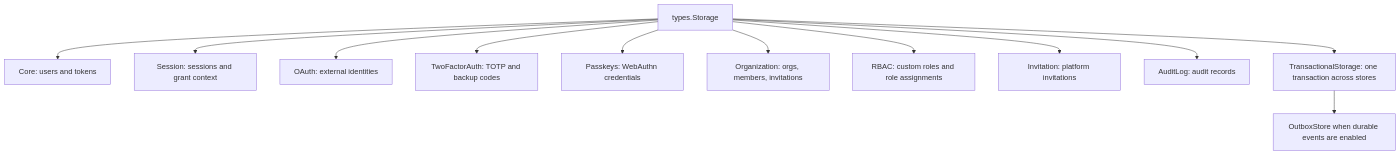
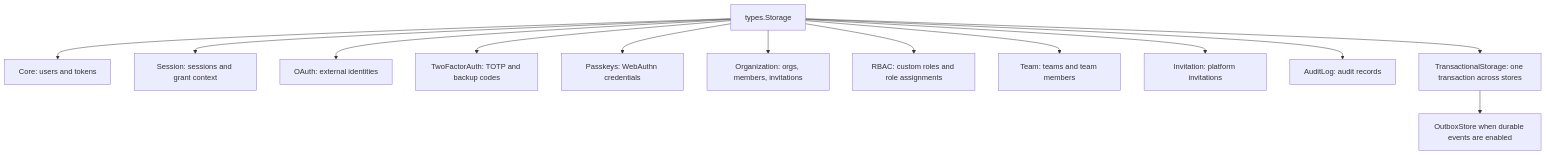
One commit to bete7512/goauth changed the fifth of 7 diagrams in docs/docs/architecture.md. Above: the diagram before and after it, drawn with Mermaid. The commit also changed other lines of this file and 13 other files, not shown here.

````diff
--- a/docs/docs/architecture.md
+++ b/docs/docs/architecture.md
@@ -161,14 +163,15 @@
 ```mermaid
 graph TD
     S["types.Storage"] --> Core["Core: users and tokens"]
     S --> Sessions["Session: sessions and grant context"]
     S --> OAuth["OAuth: external identities"]
     S --> TwoFactor["TwoFactorAuth: TOTP and backup codes"]
     S --> Passkeys["Passkeys: WebAuthn credentials"]
     S --> Organization["Organization: orgs, members, invitations"]
     S --> RBAC["RBAC: custom roles and role assignments"]
+    S --> Team["Team: teams and team members"]
     S --> Invitation["Invitation: platform invitations"]
     S --> Audit["AuditLog: audit records"]
     S --> Tx["TransactionalStorage: one transaction across stores"]
     Tx --> Outbox["OutboxStore when durable events are enabled"]
 ```
````
